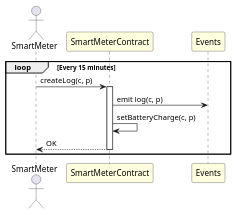
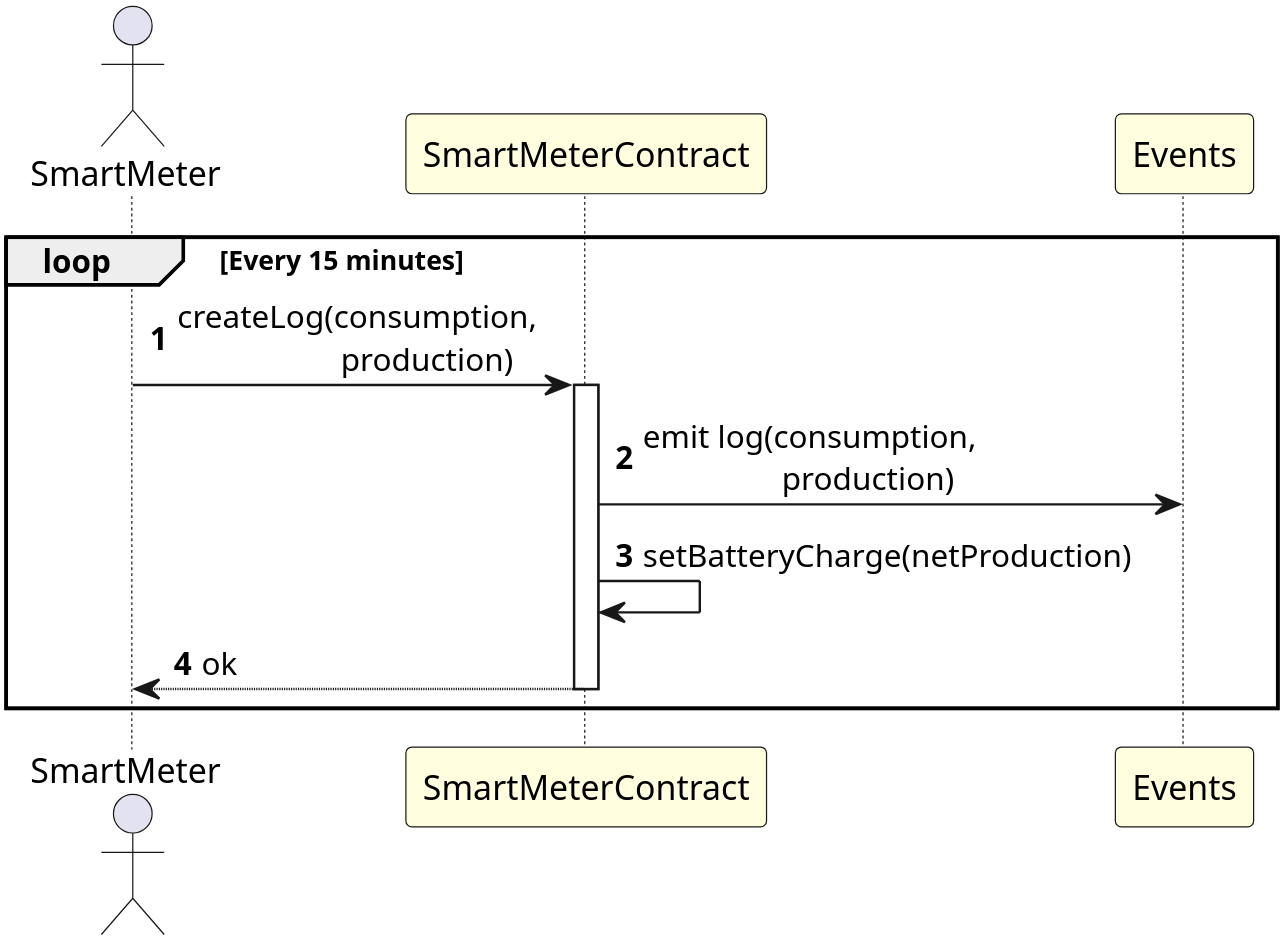
The diagram in docs/SequenceDiagrams/SmartMeter/log.puml (antonoeschmidt/SmartGridEmpowered), drawn with PlantUML before and after one commit. The commit also changed 2 other files, not shown here.

```diff
--- a/docs/SequenceDiagrams/SmartMeter/log.puml
+++ b/docs/SequenceDiagrams/SmartMeter/log.puml
@@ -1,12 +1,17 @@
 @startuml log
 actor SmartMeter
 participant SmartMeterContract #LightYellow
 participant Events #LightYellow
 
+skinparam dpi 400
+
+autonumber
+
 loop Every 15 minutes
-    SmartMeter -> SmartMeterContract ++: createLog(c, p)
-    SmartMeterContract -> Events: emit log(c, p)
-SmartMeterContract-> SmartMeterContract: setBatteryCharge(c, p)
-    SmartMeterContract --> SmartMeter --: OK
+    SmartMeter -> SmartMeterContract ++: createLog(consumption, \n \t\t    production)
+    SmartMeterContract -> Events: emit log(consumption, \n \t\t production)
+SmartMeterContract-> SmartMeterContract: setBatteryCharge(netProduction)
+    SmartMeterContract --> SmartMeter --: ok
 end
+
 @enduml
```
